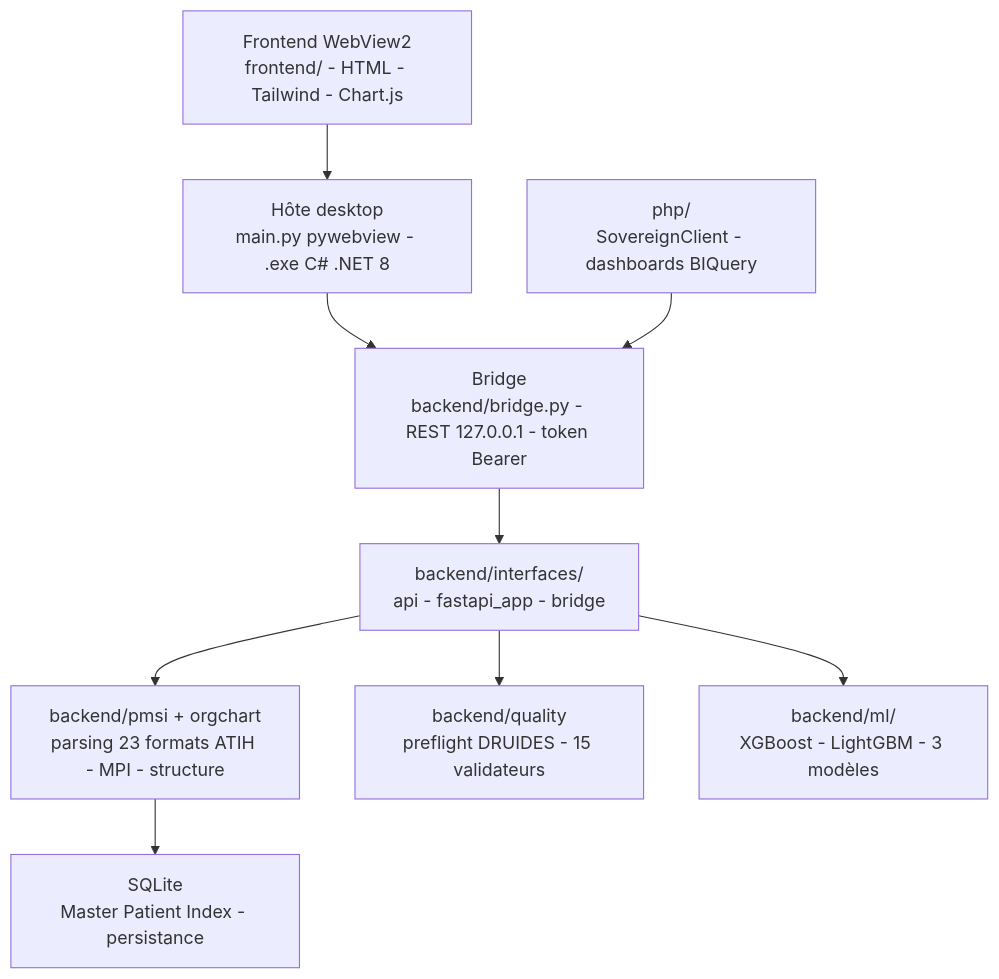
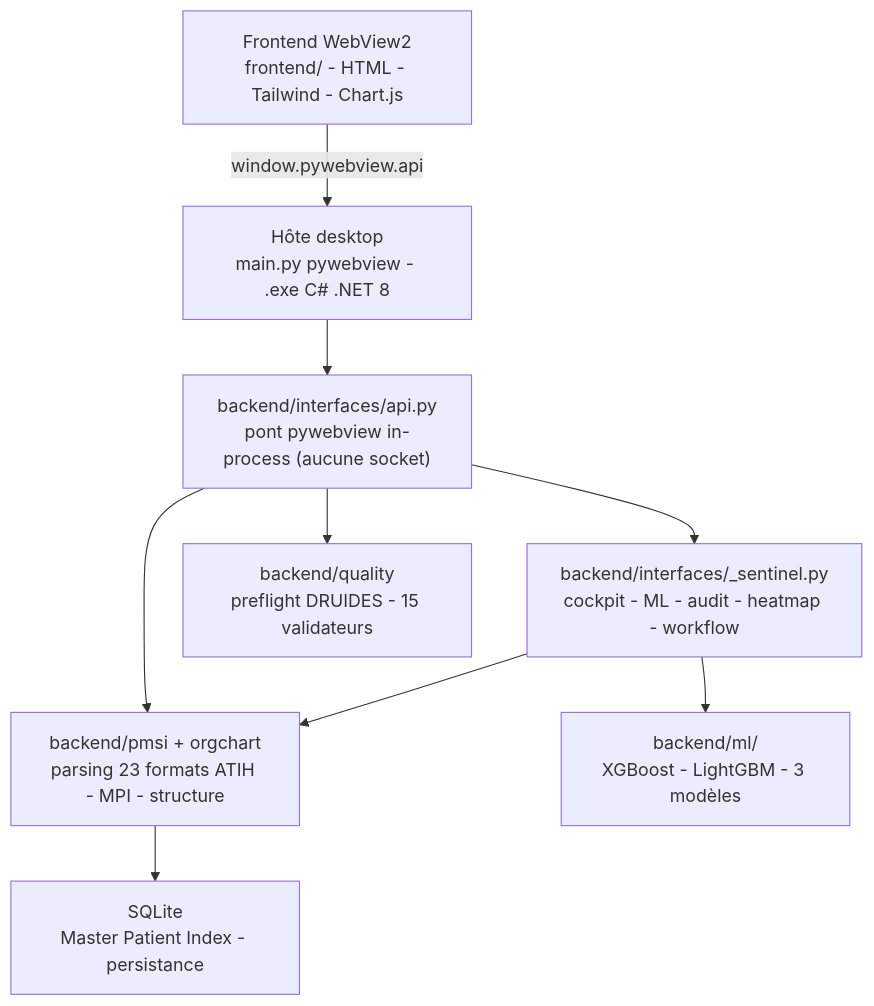
One commit to Adam-Blf/sovereign_os_dim changed the diagram in README.md. Above: the diagram before and after it, drawn with Mermaid. The commit also changed other lines of this file and 2 other files, not shown here.

Commit message:
docs: rewrite README and DSI dossier for the local-only architecture

````diff
--- a/README.md
+++ b/README.md
@@ -37,18 +37,18 @@
 ```mermaid
 flowchart TB
     UI["Frontend WebView2<br/>frontend/ - HTML - Tailwind - Chart.js"]
     HOST["Hôte desktop<br/>main.py pywebview - .exe C# .NET 8"]
-    BR["Bridge<br/>backend/bridge.py - REST 127.0.0.1 - token Bearer"]
-    API["backend/interfaces/<br/>api - fastapi_app - bridge"]
+    API["backend/interfaces/api.py<br/>pont pywebview in-process (aucune socket)"]
+    SENT["backend/interfaces/_sentinel.py<br/>cockpit - ML - audit - heatmap - workflow"]
     PROC["backend/pmsi + orgchart<br/>parsing 23 formats ATIH - MPI - structure"]
     AUDIT["backend/quality<br/>preflight DRUIDES - 15 validateurs"]
     ML["backend/ml/<br/>XGBoost - LightGBM - 3 modèles"]
     DB["SQLite<br/>Master Patient Index - persistance"]
-    PHP["php/<br/>SovereignClient - dashboards BIQuery"]
 
-    UI --> HOST --> BR --> API
+    UI -->|window.pywebview.api| HOST --> API
+    API --> SENT
     API --> PROC --> DB
     API --> AUDIT
-    API --> ML
-    PHP --> BR
+    SENT --> ML
+    SENT --> PROC
 ```
````
